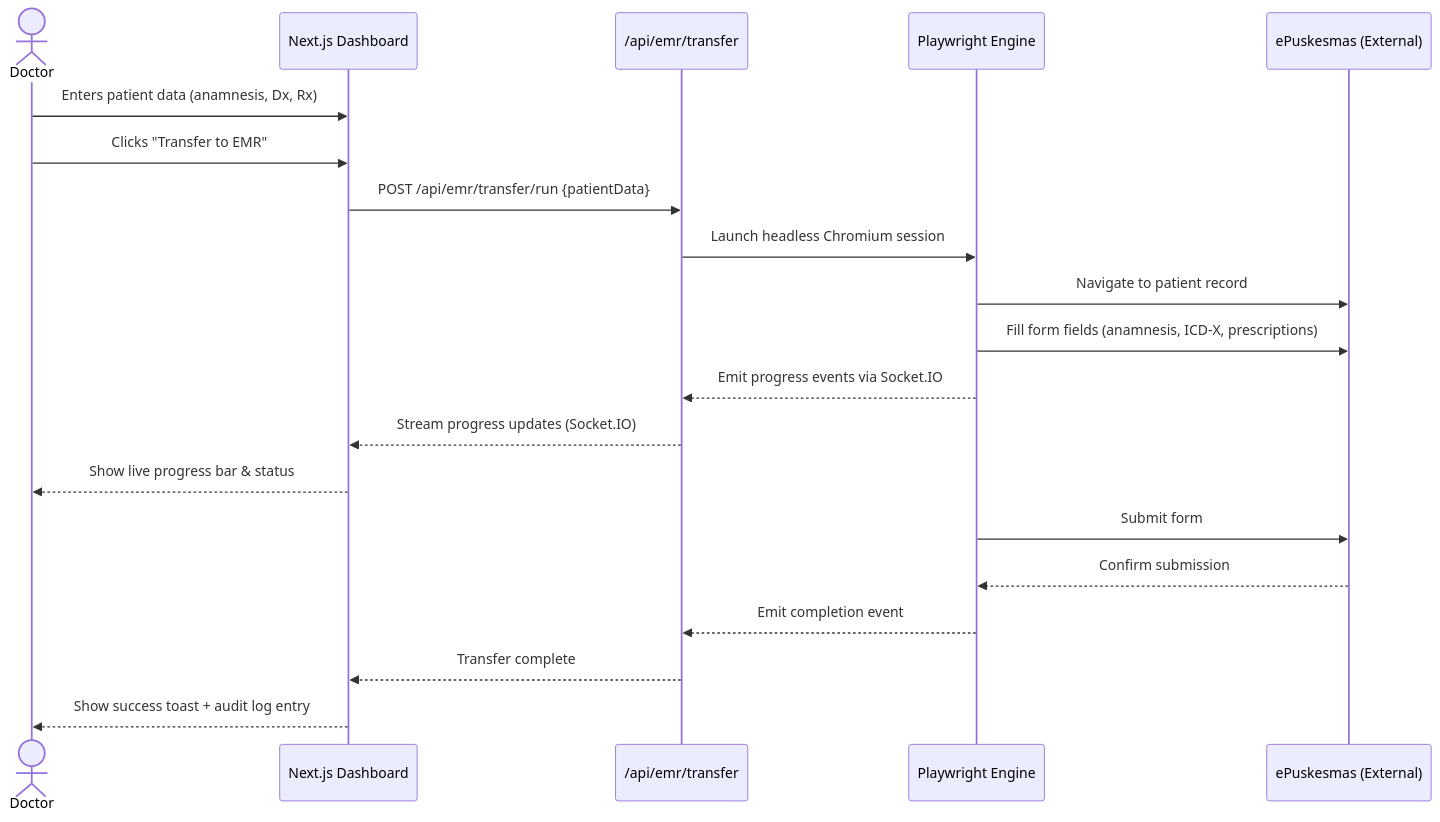
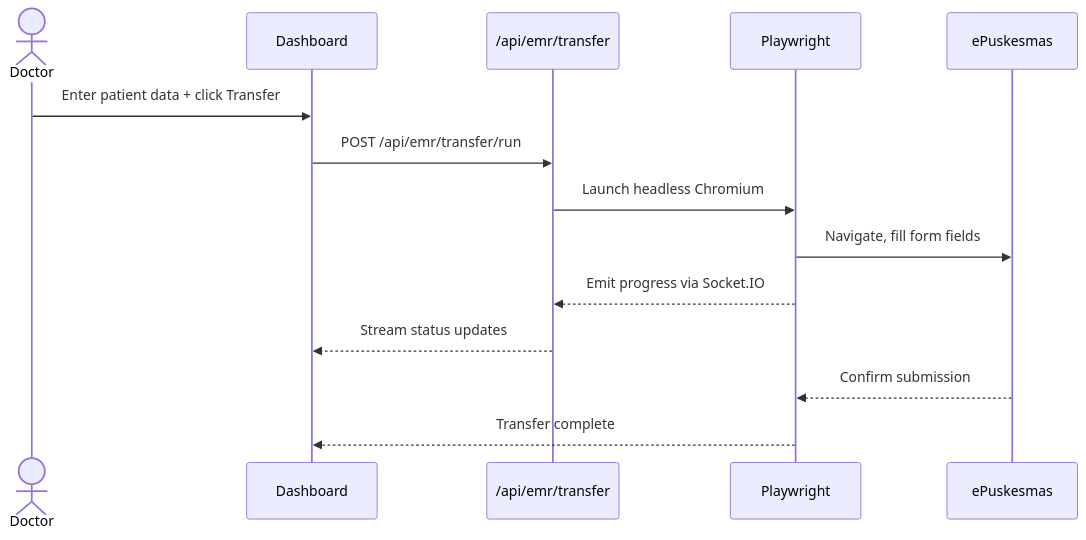
The second of 18 diagrams in README.md (Avvicenna/intelligenceboard), drawn with Mermaid before and after one commit. The commit also changed other lines of this file, not shown here.

````diff
--- a/README.md
+++ b/README.md
@@ -306,23 +175,17 @@
 ```mermaid
 sequenceDiagram
     actor Doctor
-    participant Dashboard as Next.js Dashboard
+    participant Dashboard
     participant API as /api/emr/transfer
-    participant RPA as Playwright Engine
-    participant ePuskesmas as ePuskesmas (External)
+    participant RPA as Playwright
+    participant ePuskesmas
 
-    Doctor->>Dashboard: Enters patient data (anamnesis, Dx, Rx)
-    Doctor->>Dashboard: Clicks "Transfer to EMR"
-    Dashboard->>API: POST /api/emr/transfer/run {patientData}
-    API->>RPA: Launch headless Chromium session
-    RPA->>ePuskesmas: Navigate to patient record
-    RPA->>ePuskesmas: Fill form fields (anamnesis, ICD-X, prescriptions)
-    RPA-->>API: Emit progress events via Socket.IO
-    API-->>Dashboard: Stream progress updates (Socket.IO)
-    Dashboard-->>Doctor: Show live progress bar & status
-    RPA->>ePuskesmas: Submit form
+    Doctor->>Dashboard: Enter patient data + click Transfer
+    Dashboard->>API: POST /api/emr/transfer/run
+    API->>RPA: Launch headless Chromium
+    RPA->>ePuskesmas: Navigate, fill form fields
+    RPA-->>API: Emit progress via Socket.IO
+    API-->>Dashboard: Stream status updates
     ePuskesmas-->>RPA: Confirm submission
-    RPA-->>API: Emit completion event
-    API-->>Dashboard: Transfer complete
-    Dashboard-->>Doctor: Show success toast + audit log entry
+    RPA-->>Dashboard: Transfer complete
 ```
````
